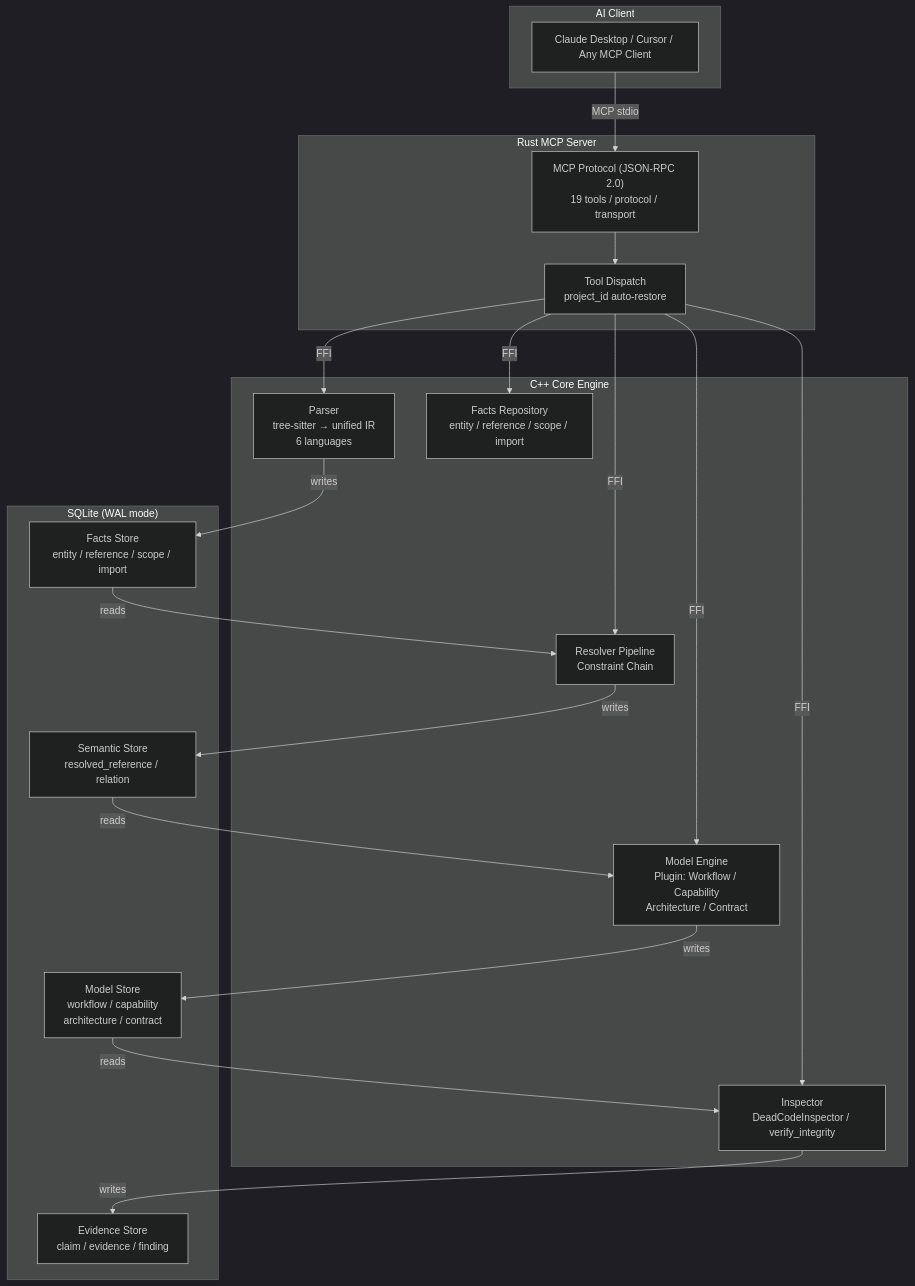
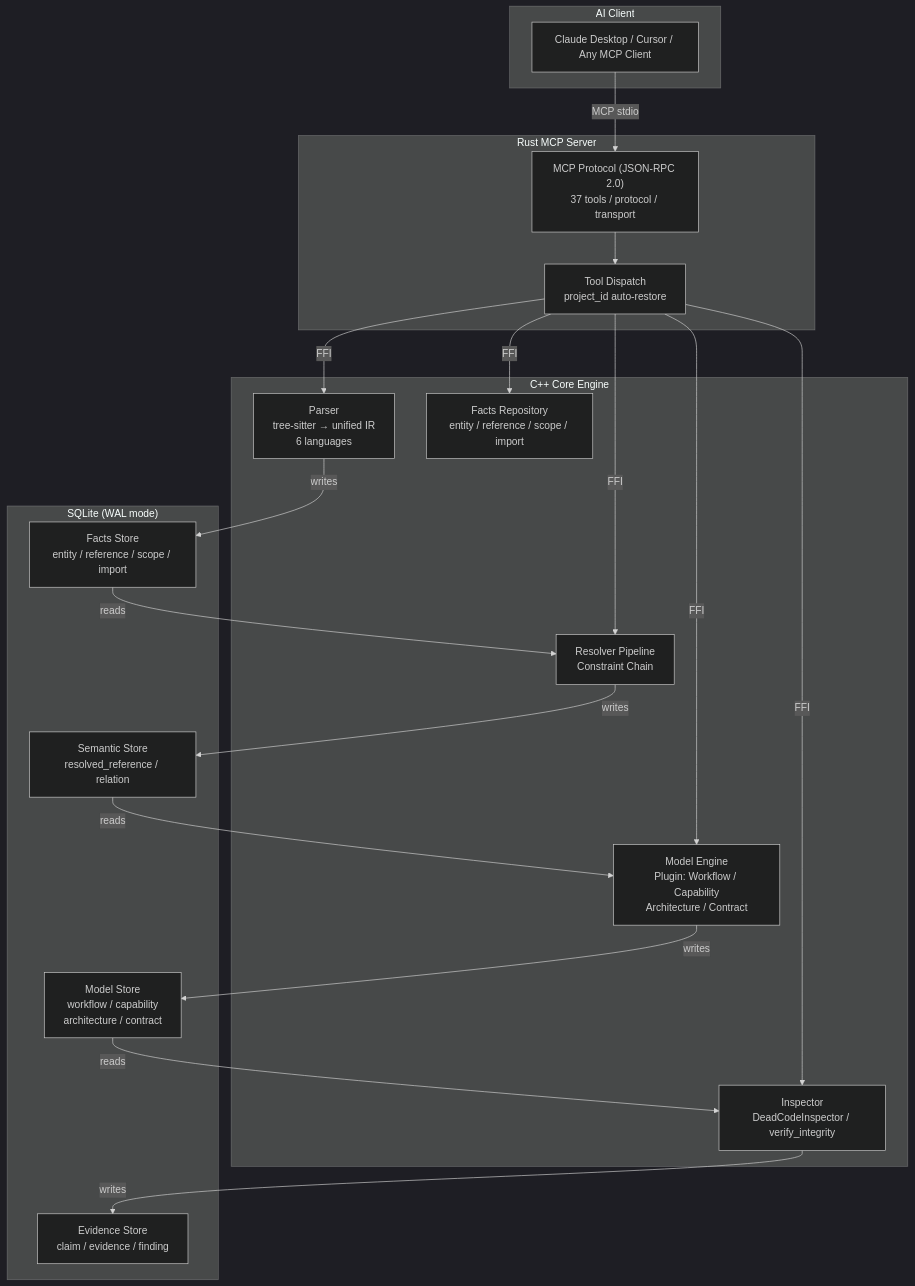
One commit to Timwood0x10/CodeScope changed the first of 2 diagrams in README.md. Above: the diagram before and after it, drawn with Mermaid (dark theme). The commit also changed other lines of this file and 34 other files, not shown here.

````diff
--- a/README.md
+++ b/README.md
@@ -99,42 +100,42 @@
 ```mermaid
 graph TB
     subgraph "AI Client"
         Client["Claude Desktop / Cursor / Any MCP Client"]
     end
 
     subgraph "Rust MCP Server"
-        MCP["MCP Protocol (JSON-RPC 2.0)<br/>19 tools / protocol / transport"]
+        MCP["MCP Protocol (JSON-RPC 2.0)<br/>37 tools / protocol / transport"]
         DISPATCH["Tool Dispatch<br/>project_id auto-restore"]
     end
 
     subgraph "C++ Core Engine"
         PARSER["Parser<br/>tree-sitter → unified IR<br/>6 languages"]
         FACTS["Facts Repository<br/>entity / reference / scope / import"]
         RESOLVER["Resolver Pipeline<br/>Constraint Chain"]
         MODEL["Model Engine<br/>Plugin: Workflow / Capability<br/>Architecture / Contract"]
         INSPECTOR["Inspector<br/>DeadCodeInspector / verify_integrity"]
     end
 
     subgraph "SQLite (WAL mode)"
         F_STORE["Facts Store<br/>entity / reference / scope / import"]
         S_STORE["Semantic Store<br/>resolved_reference / relation"]
         M_STORE["Model Store<br/>workflow / capability<br/>architecture / contract"]
         E_STORE["Evidence Store<br/>claim / evidence / finding"]
     end
 
     Client -->|"MCP stdio"| MCP
     MCP --> DISPATCH
     DISPATCH -->|"FFI"| PARSER
     DISPATCH -->|"FFI"| FACTS
     DISPATCH -->|"FFI"| RESOLVER
     DISPATCH -->|"FFI"| MODEL
     DISPATCH -->|"FFI"| INSPECTOR
 
     PARSER -->|"writes"| F_STORE
     F_STORE -->|"reads"| RESOLVER
     RESOLVER -->|"writes"| S_STORE
     S_STORE -->|"reads"| MODEL
     MODEL -->|"writes"| M_STORE
     M_STORE -->|"reads"| INSPECTOR
     INSPECTOR -->|"writes"| E_STORE
 ```
````
